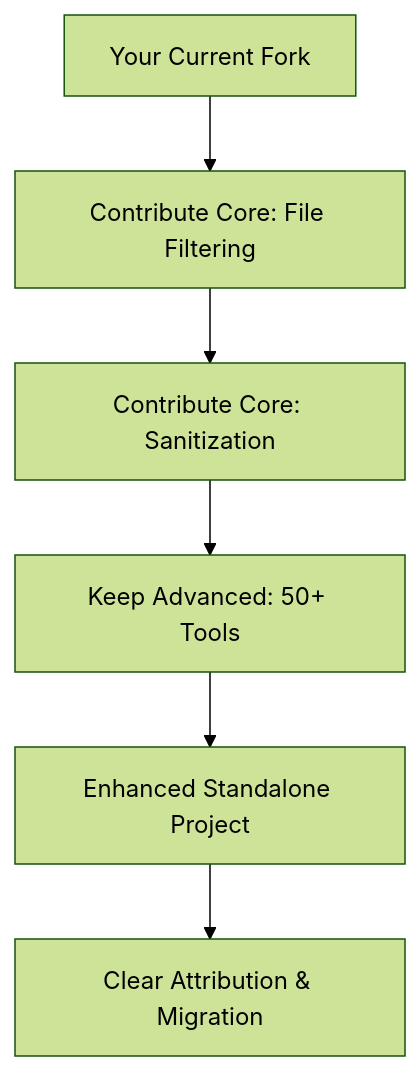
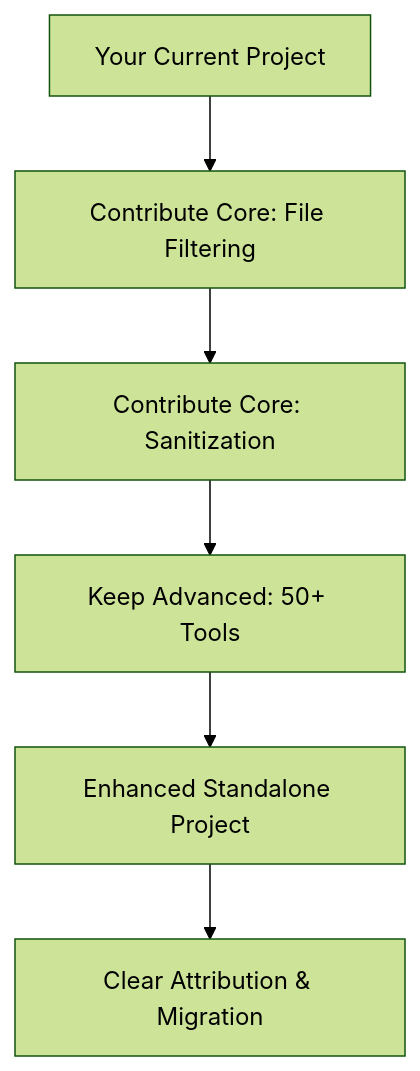
One commit to sandraschi/advanced-memory-mcp changed the second of 2 diagrams in ETHICAL_CONTRIBUTION_GUIDE.md. Above: the diagram before and after it, drawn with Mermaid (forest theme). The commit also changed other lines of this file and 24 other files, not shown here.

````diff
--- a/ETHICAL_CONTRIBUTION_GUIDE.md
+++ b/ETHICAL_CONTRIBUTION_GUIDE.md
@@ -175,8 +175,8 @@
 ```mermaid
 graph TD
-    A[Your Current Fork] --> B[Contribute Core: File Filtering]
+    A[Your Current Project] --> B[Contribute Core: File Filtering]
     B --> C[Contribute Core: Sanitization]
     C --> D[Keep Advanced: 50+ Tools]
     D --> E[Enhanced Standalone Project]
     E --> F[Clear Attribution & Migration]
 ```
````
